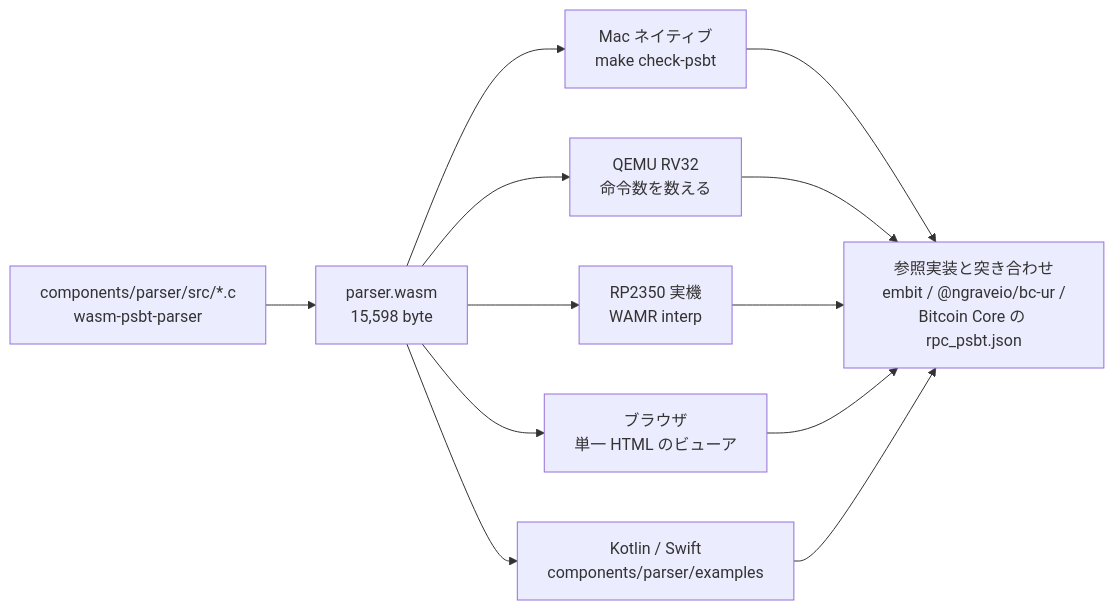
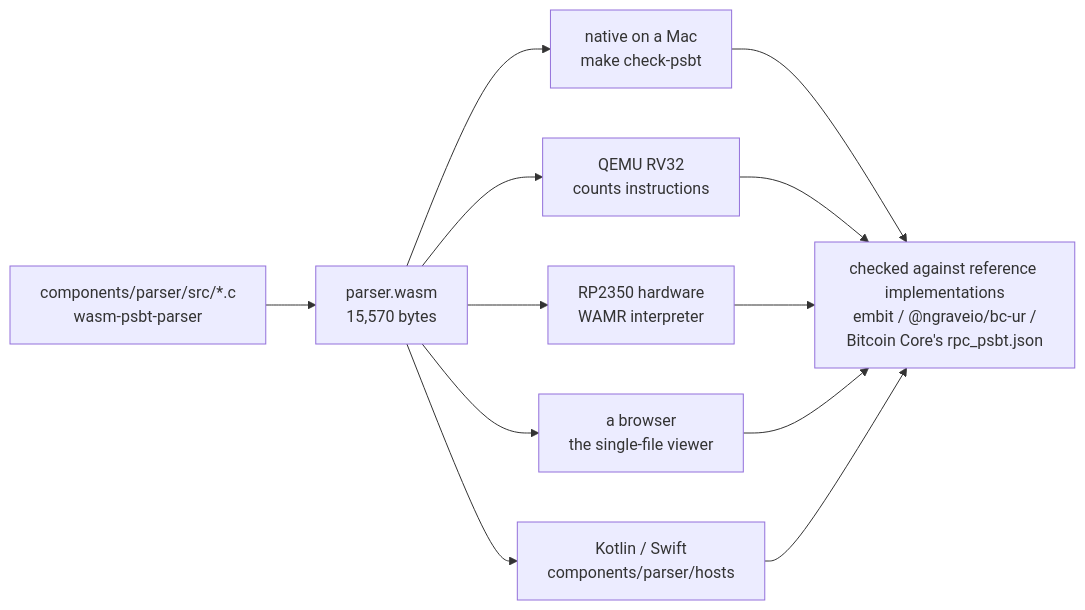
One commit to habakan/jitsu-in-pico changed the third of 4 diagrams in docs/architecture.md. Above: the diagram before and after it, drawn with Mermaid. The commit also changed other lines of this file and 1 other file, not shown here.

````diff
--- a/docs/architecture.md
+++ b/docs/architecture.md
@@ -91,14 +95,14 @@
 ```mermaid
 flowchart LR
-    src["components/parser/src/*.c<br/>wasm-psbt-parser"] --> wasm["parser.wasm<br/>15,598 byte"]
-    wasm --> mac["Mac ネイティブ<br/>make check-psbt"]
-    wasm --> qemu["QEMU RV32<br/>命令数を数える"]
-    wasm --> dev["RP2350 実機<br/>WAMR interp"]
-    wasm --> browser["ブラウザ<br/>単一 HTML のビューア"]
-    wasm --> other["Kotlin / Swift<br/>components/parser/examples"]
-    mac --> ref["参照実装と突き合わせ<br/>embit / @ngraveio/bc-ur /<br/>Bitcoin Core の rpc_psbt.json"]
+    src["components/parser/src/*.c<br/>wasm-psbt-parser"] --> wasm["parser.wasm<br/>15,570 bytes"]
+    wasm --> mac["native on a Mac<br/>make check-psbt"]
+    wasm --> qemu["QEMU RV32<br/>counts instructions"]
+    wasm --> dev["RP2350 hardware<br/>WAMR interpreter"]
+    wasm --> browser["a browser<br/>the single-file viewer"]
+    wasm --> other["Kotlin / Swift<br/>components/parser/hosts"]
+    mac --> ref["checked against reference implementations<br/>embit / @ngraveio/bc-ur /<br/>Bitcoin Core's rpc_psbt.json"]
     qemu --> ref
     dev --> ref
     browser --> ref
     other --> ref
 ```
````
